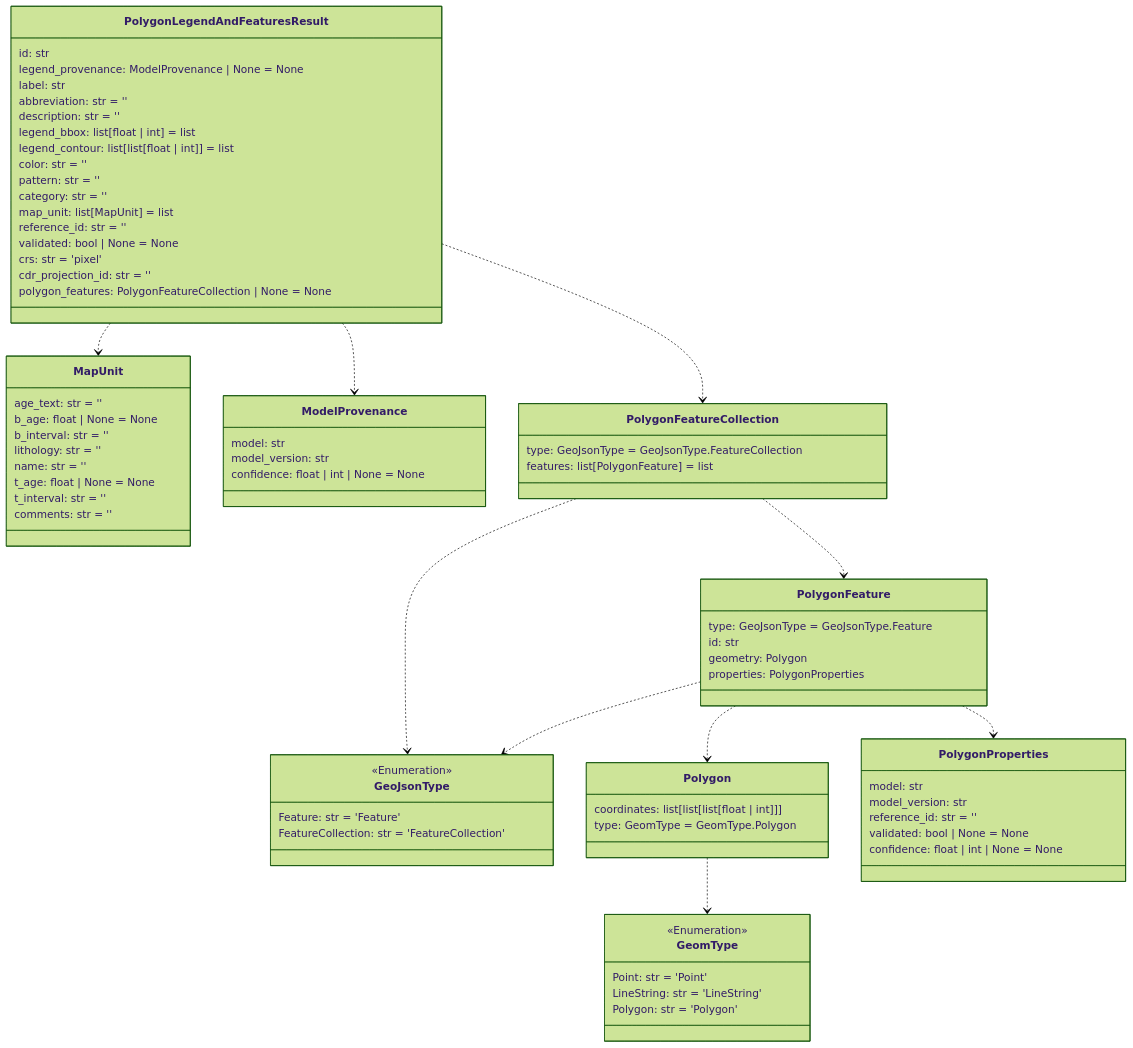
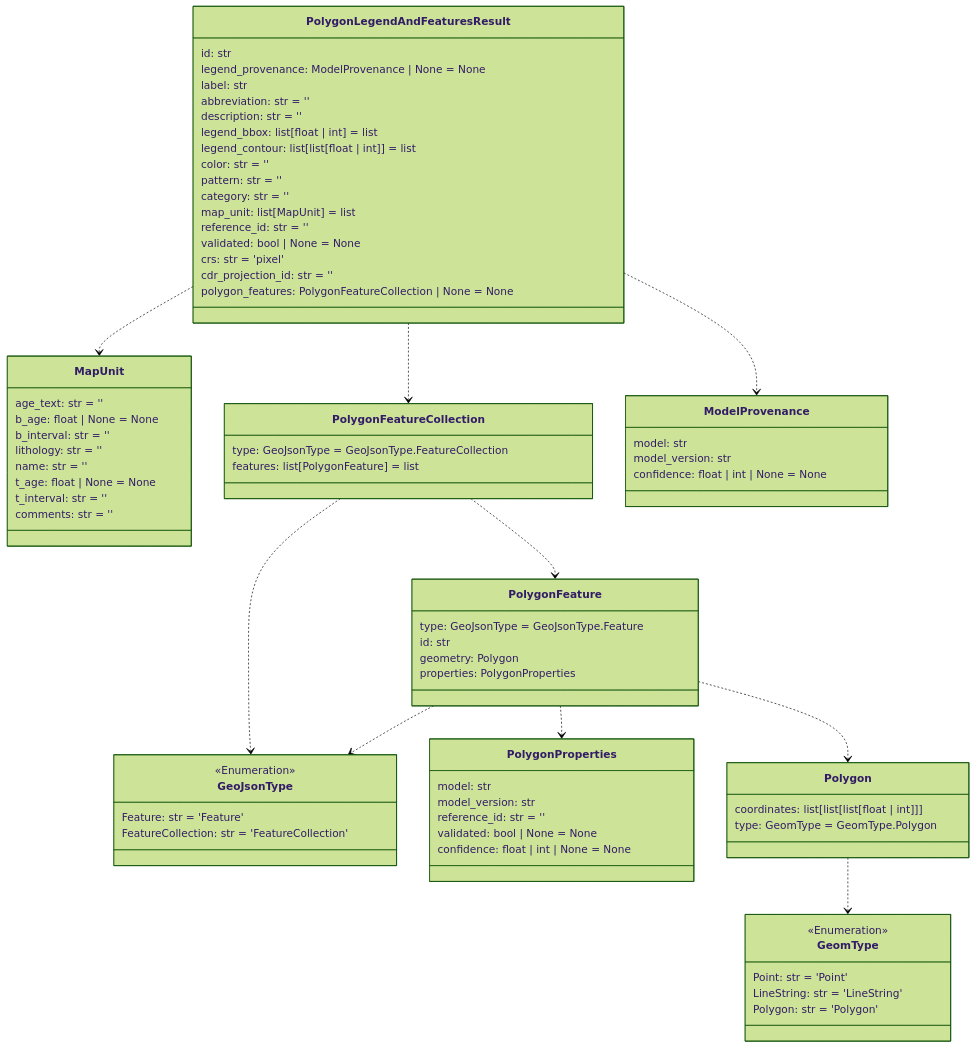
The seventh of 14 diagrams in README.md (DARPA-CRITICALMAAS/cdr_schemas), drawn with Mermaid (forest theme) before and after one commit. The commit also changed other lines of this file and 1 other file, not shown here.

````diff
--- a/README.md
+++ b/README.md
@@ -544,5 +544,12 @@
 ```mermaid
 classDiagram
+
+    class PolygonFeature {
+        type: GeoJsonType = GeoJsonType.Feature
+        id: str
+        geometry: Polygon
+        properties: PolygonProperties
+    }
 
     class PolygonLegendAndFeaturesResult {
         id: str
@@ -563,16 +570,27 @@
         polygon_features: PolygonFeatureCollection | None = None
     }
 
+    class ModelProvenance {
+        model: str
+        model_version: str
+        confidence: float | int | None = None
+    }
+
     class Polygon {
         coordinates: list[list[list[float | int]]]
         type: GeomType = GeomType.Polygon
     }
 
-    class PolygonFeature {
-        type: GeoJsonType = GeoJsonType.Feature
-        id: str
-        geometry: Polygon
-        properties: PolygonProperties
+    class GeomType {
+        <<Enumeration>>
+        Point: str = 'Point'
+        LineString: str = 'LineString'
+        Polygon: str = 'Polygon'
+    }
+
+    class PolygonFeatureCollection {
+        type: GeoJsonType = GeoJsonType.FeatureCollection
+        features: list[PolygonFeature] = list
     }
 
     class MapUnit {
@@ -586,28 +604,10 @@
         comments: str = ''
     }
 
-    class ModelProvenance {
-        model: str
-        model_version: str
-        confidence: float | int | None = None
-    }
-
-    class PolygonFeatureCollection {
-        type: GeoJsonType = GeoJsonType.FeatureCollection
-        features: list[PolygonFeature] = list
-    }
-
     class GeoJsonType {
         <<Enumeration>>
         Feature: str = 'Feature'
         FeatureCollection: str = 'FeatureCollection'
-    }
-
-    class GeomType {
-        <<Enumeration>>
-        Point: str = 'Point'
-        LineString: str = 'LineString'
-        Polygon: str = 'Polygon'
     }
 
     class PolygonProperties {
@@ -620,13 +620,13 @@
 
     Polygon ..> GeomType
     PolygonFeature ..> GeoJsonType
+    PolygonFeature ..> PolygonProperties
     PolygonFeature ..> Polygon
-    PolygonFeature ..> PolygonProperties
     PolygonFeatureCollection ..> GeoJsonType
     PolygonFeatureCollection ..> PolygonFeature
     PolygonLegendAndFeaturesResult ..> MapUnit
+    PolygonLegendAndFeaturesResult ..> PolygonFeatureCollection
     PolygonLegendAndFeaturesResult ..> ModelProvenance
-    PolygonLegendAndFeaturesResult ..> PolygonFeatureCollection
 
 
 ```
````
